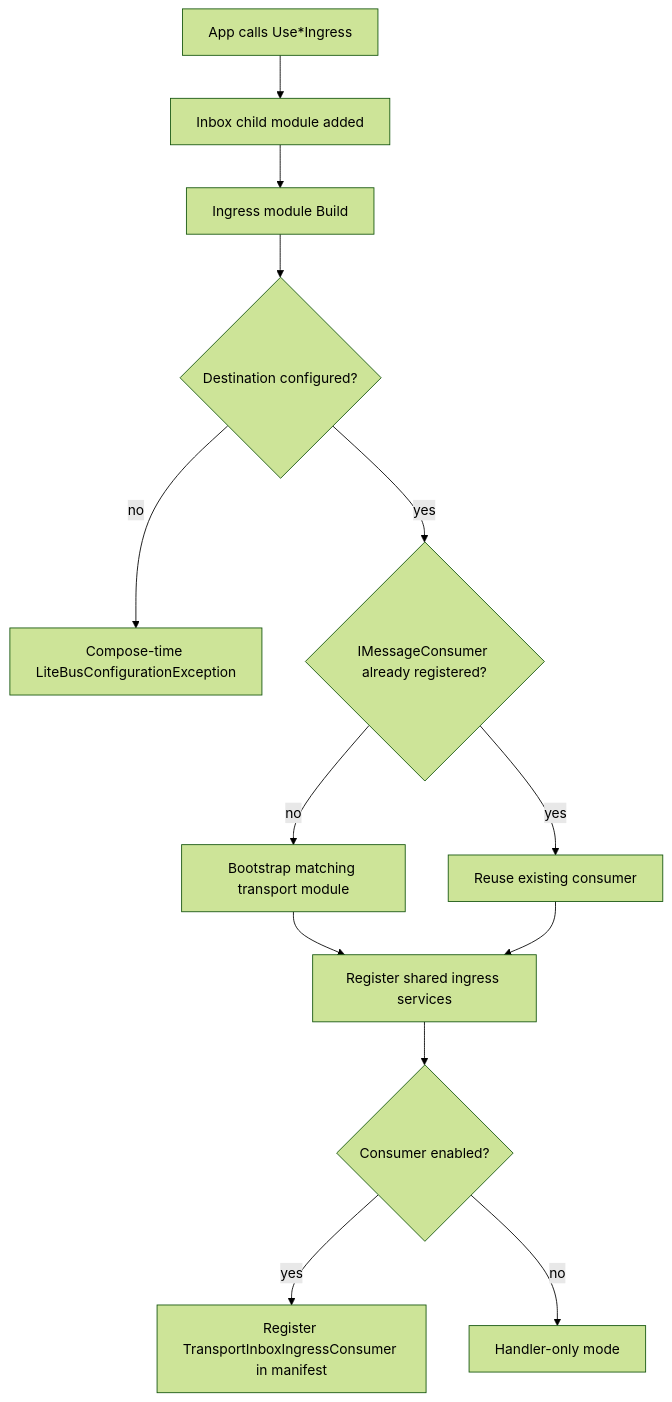
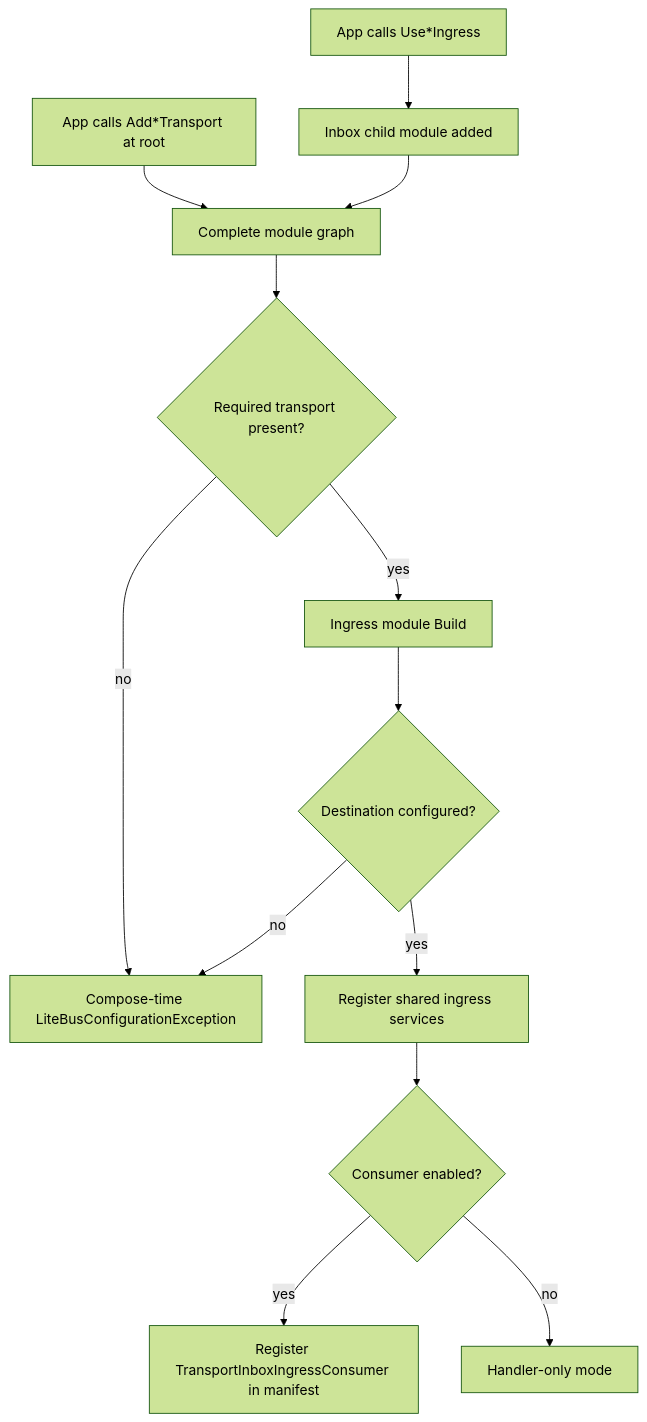
Before and after one commit to litenova/LiteBus: the diagram in docs/catalog/ingress/registration.md, drawn with Mermaid (forest theme). The commit also changed other lines of this file and 109 other files, not shown here.

````diff
--- a/docs/catalog/ingress/registration.md
+++ b/docs/catalog/ingress/registration.md
@@ -16,15 +14,15 @@
 ```mermaid
 flowchart TD
+  R[App calls Add*Transport at root] --> G[Complete module graph]
   U[App calls Use*Ingress] --> C[Inbox child module added]
-  C --> B[Ingress module Build]
+  C --> G
+  G --> D{Required transport present?}
+  D -- no --> E[Compose-time LiteBusConfigurationException]
+  D -- yes --> B[Ingress module Build]
   B --> V{Destination configured?}
   V -- no --> E[Compose-time LiteBusConfigurationException]
-  V -- yes --> T{IMessageConsumer already registered?}
-  T -- no --> X[Bootstrap matching transport module]
-  T -- yes --> O[Reuse existing consumer]
-  X --> S[Register shared ingress services]
-  O --> S
+  V -- yes --> S[Register shared ingress services]
   S --> H{Consumer enabled?}
   H -- yes --> M[Register TransportInboxIngressConsumer in manifest]
   H -- no --> N[Handler-only mode]
 ```
````
